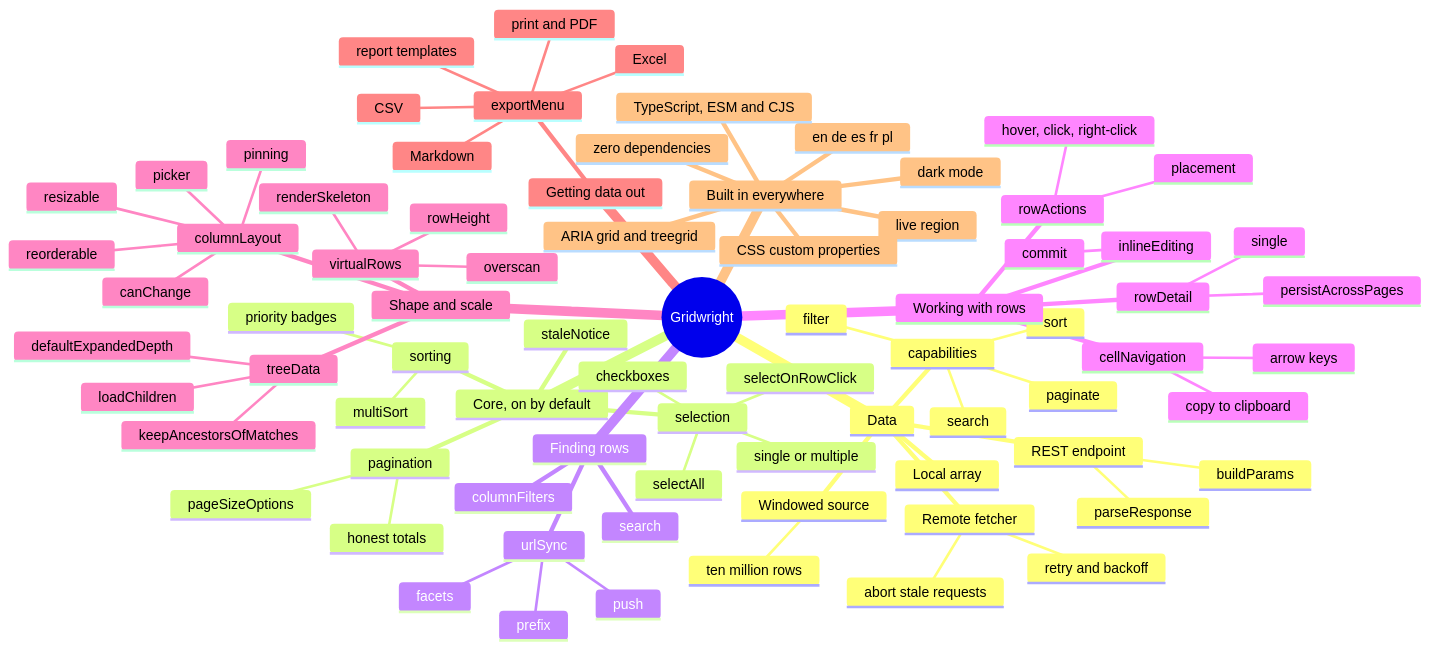
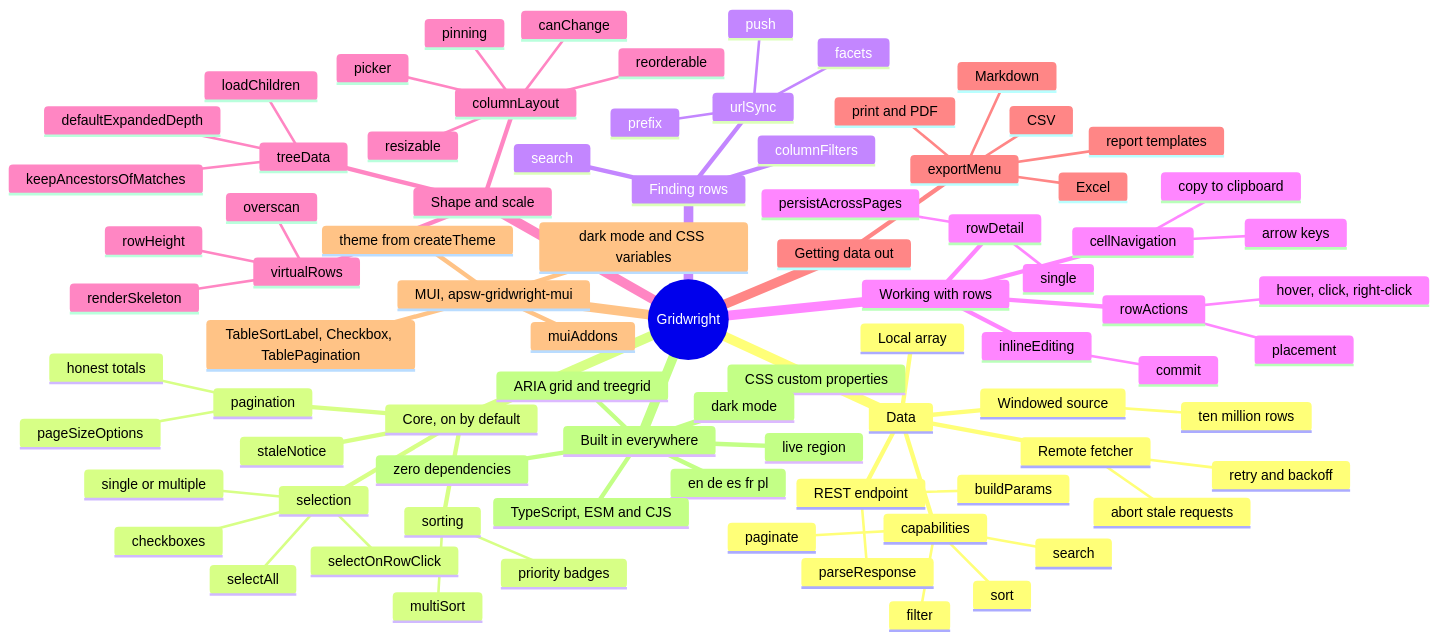
Before and after one commit to yaotzin1/apsw-gridwright: the first of 2 diagrams in README.md, drawn with Mermaid. The commit also changed other lines of this file and 22 other files, not shown here.

```diff
--- a/README.md
+++ b/README.md
@@ -105,6 +105,11 @@
         Markdown
         print and PDF
         report templates
+    MUI, apsw-gridwright-mui
+      muiAddons
+      theme from createTheme
+      dark mode and CSS variables
+      TableSortLabel, Checkbox, TablePagination
     Built in everywhere
       ARIA grid and treegrid
       live region
```
